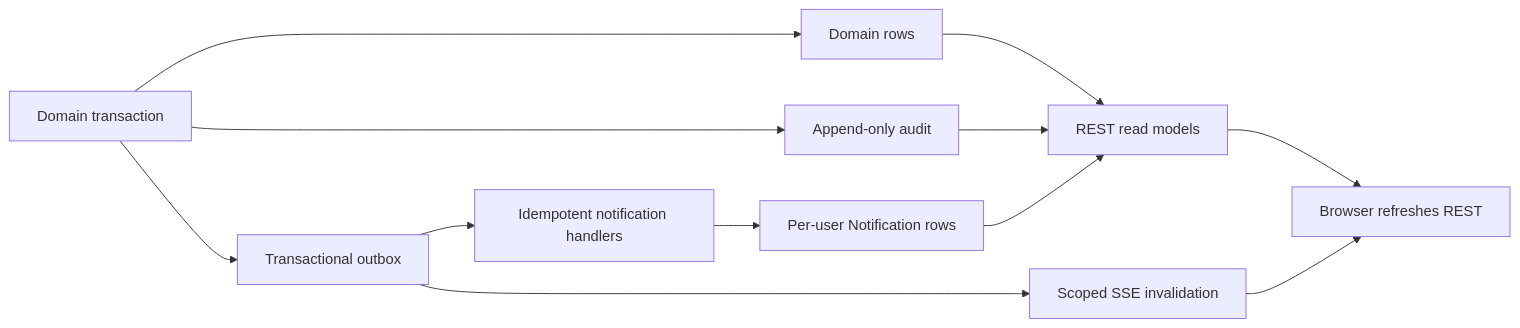
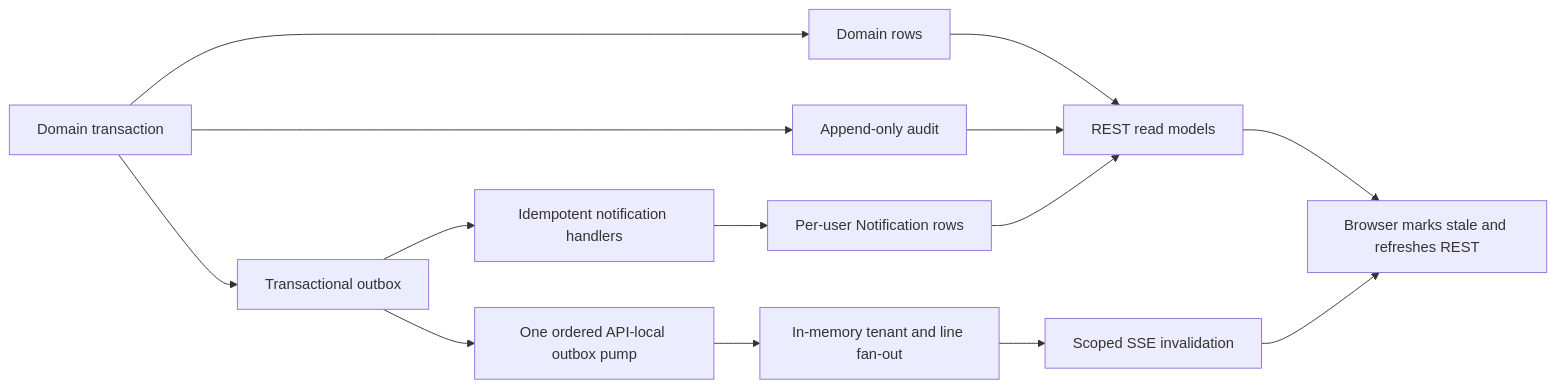
One commit to khalshaqzzy/supplier-henkaten changed the diagram in docs/architecture/read-models-and-realtime.md. Above: the diagram before and after it, drawn with Mermaid. The commit also changed other lines of this file and 47 other files, not shown here.

````diff
--- a/docs/architecture/read-models-and-realtime.md
+++ b/docs/architecture/read-models-and-realtime.md
@@ -11,14 +11,16 @@
 ```mermaid
 flowchart LR
   A["Domain transaction"] --> B["Domain rows"]
   A --> C["Append-only audit"]
   A --> D["Transactional outbox"]
   D --> E["Idempotent notification handlers"]
   E --> F["Per-user Notification rows"]
   B --> G["REST read models"]
   C --> G
   F --> G
-  D --> H["Scoped SSE invalidation"]
-  H --> I["Browser refreshes REST"]
-  G --> I
+  D --> H["One ordered API-local outbox pump"]
+  H --> J["In-memory tenant and line fan-out"]
+  J --> I["Scoped SSE invalidation"]
+  I --> K["Browser marks stale and refreshes REST"]
+  G --> K
 ```
````
